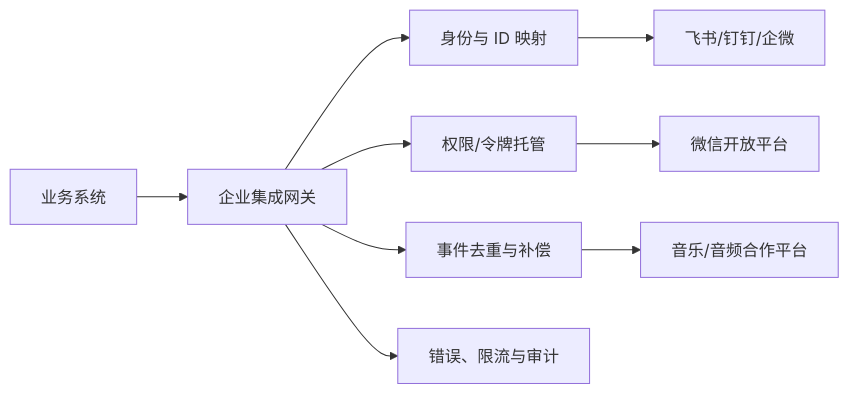
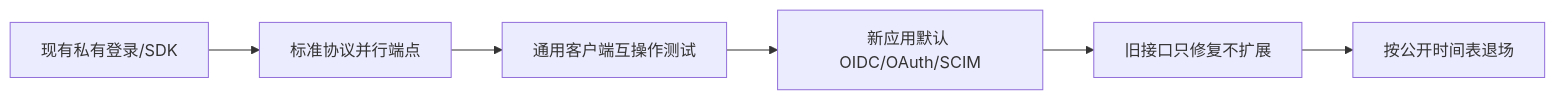
One commit to authn-cn/authn-cn.github.io changed the diagram in docs/cn-sso/comparison.md. Above: the diagram before and after it, drawn with Mermaid. The commit also changed other lines of this file and 18 other files, not shown here.

````diff
--- a/docs/cn-sso/comparison.md
+++ b/docs/cn-sso/comparison.md
@@ -48,11 +79,8 @@
 ```mermaid
 flowchart LR
-    A["业务系统"] --> B["企业集成网关"]
-    B --> C["身份与 ID 映射"]
-    B --> D["权限/令牌托管"]
-    B --> E["事件去重与补偿"]
-    B --> F["错误、限流与审计"]
-    C --> G["飞书/钉钉/企微"]
-    D --> H["微信开放平台"]
-    E --> I["音乐/音频合作平台"]
+    A["现有私有登录/SDK"] --> B["标准协议并行端点"]
+    B --> C["通用客户端互操作测试"]
+    C --> D["新应用默认 OIDC/OAuth/SCIM"]
+    D --> E["旧接口只修复不扩展"]
+    E --> F["按公开时间表退场"]
 ```
````
